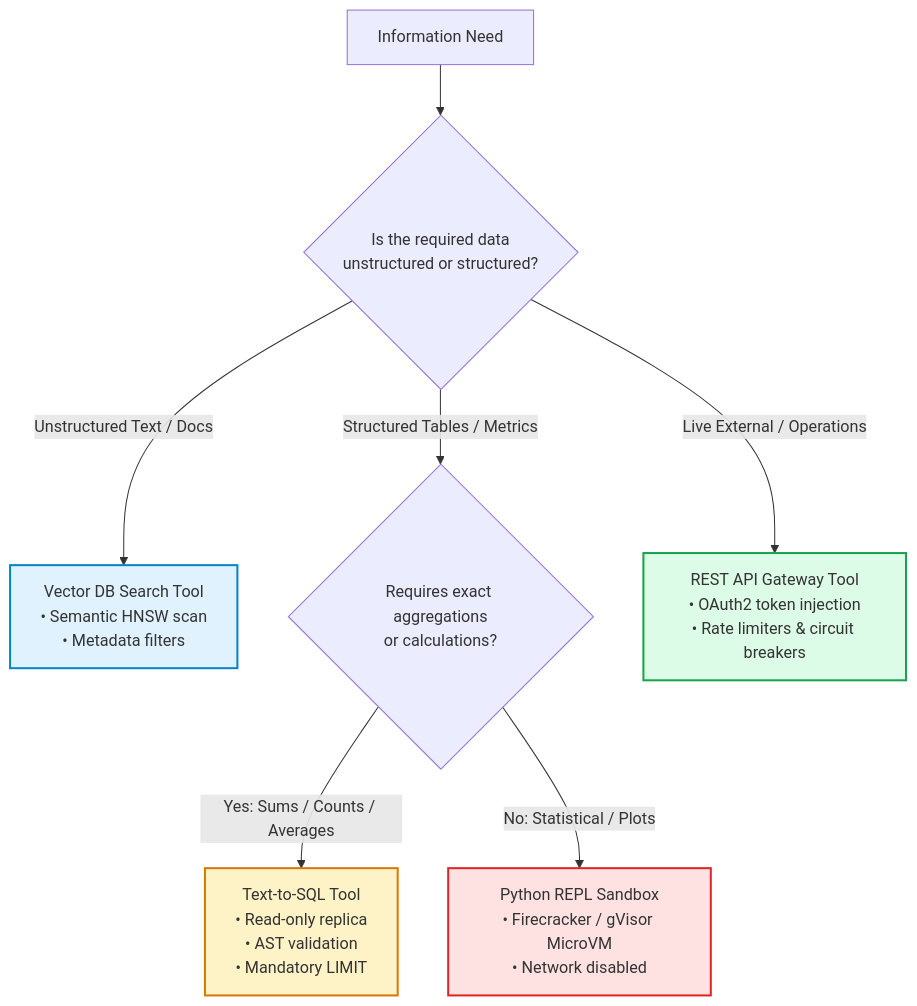
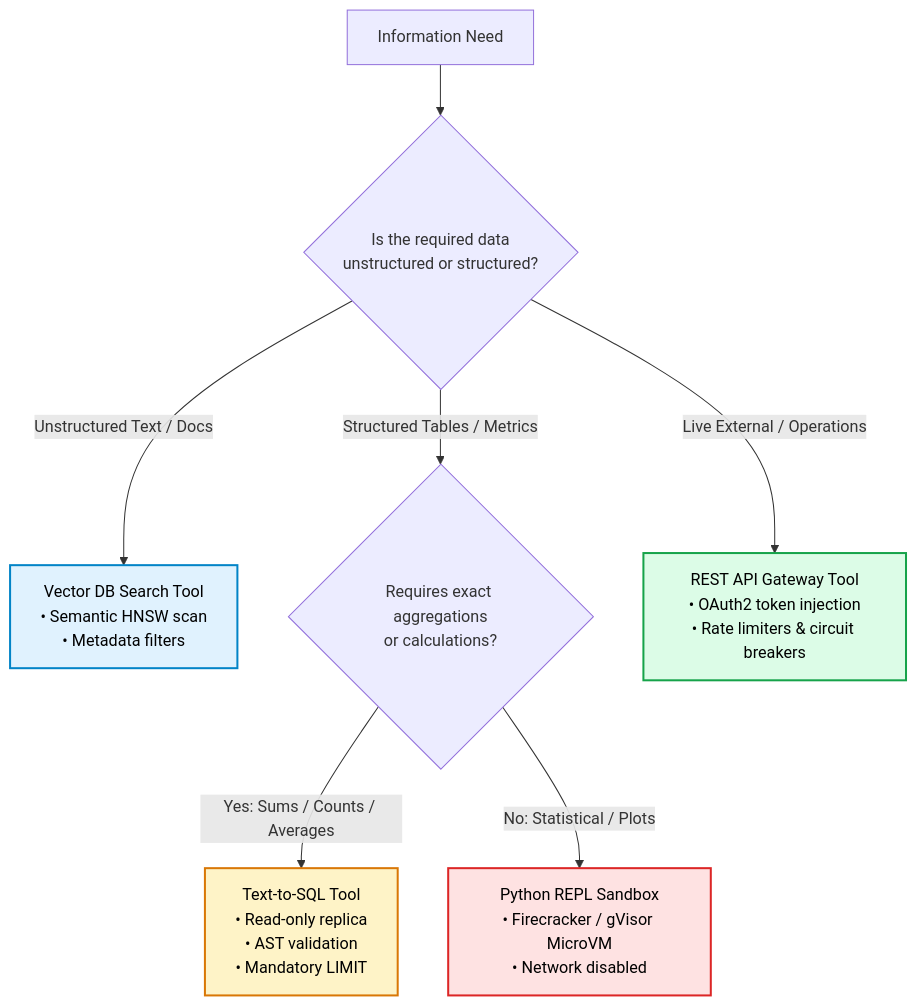
Before and after one commit to swapnil3104/RAG-Engineering: the sixth of 6 diagrams in 07-Agentic-RAG/Tool-Calling.md, drawn with Mermaid. The commit also changed other lines of this file and 108 other files, not shown here.

Commit message:
fix: make chart text visible across all Mermaid diagrams and resolve markdown table formatting issues

````diff
--- a/07-Agentic-RAG/Tool-Calling.md
+++ b/07-Agentic-RAG/Tool-Calling.md
@@ -574,17 +574,17 @@
 ```mermaid
 flowchart TD
     Req[Information Need] --> Q1{"Is the required data<br/>unstructured or structured?"}
     
     Q1 -->|Unstructured Text / Docs| VecTool[Vector DB Search Tool<br/>• Semantic HNSW scan<br/>• Metadata filters]
     
     Q1 -->|Structured Tables / Metrics| Q2{"Requires exact aggregations<br/>or calculations?"}
     Q2 -->|Yes: Sums / Counts / Averages| SQLTool[Text-to-SQL Tool<br/>• Read-only replica<br/>• AST validation<br/>• Mandatory LIMIT]
     Q2 -->|No: Statistical / Plots| CodeTool[Python REPL Sandbox<br/>• Firecracker / gVisor MicroVM<br/>• Network disabled]
     
     Q1 -->|Live External / Operations| APITool[REST API Gateway Tool<br/>• OAuth2 token injection<br/>• Rate limiters & circuit breakers]
 
-    style VecTool fill:#e0f2fe,stroke:#0284c7,stroke-width:2px
-    style SQLTool fill:#fef3c7,stroke:#d97706,stroke-width:2px
-    style CodeTool fill:#fee2e2,stroke:#dc2626,stroke-width:2px
-    style APITool fill:#dcfce7,stroke:#16a34a,stroke-width:2px
+    style VecTool fill:#e0f2fe,stroke:#0284c7,stroke-width:2px,color:#000000
+    style SQLTool fill:#fef3c7,stroke:#d97706,stroke-width:2px,color:#000000
+    style CodeTool fill:#fee2e2,stroke:#dc2626,stroke-width:2px,color:#000000
+    style APITool fill:#dcfce7,stroke:#16a34a,stroke-width:2px,color:#000000
 ```
````
